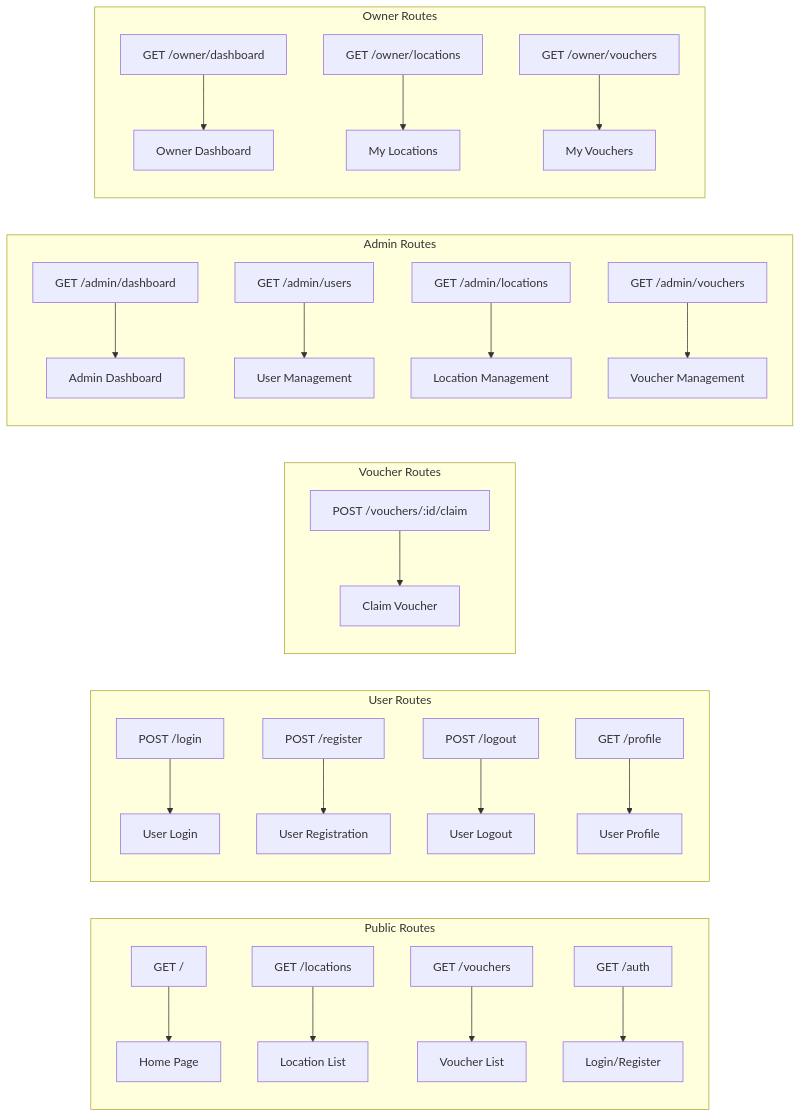
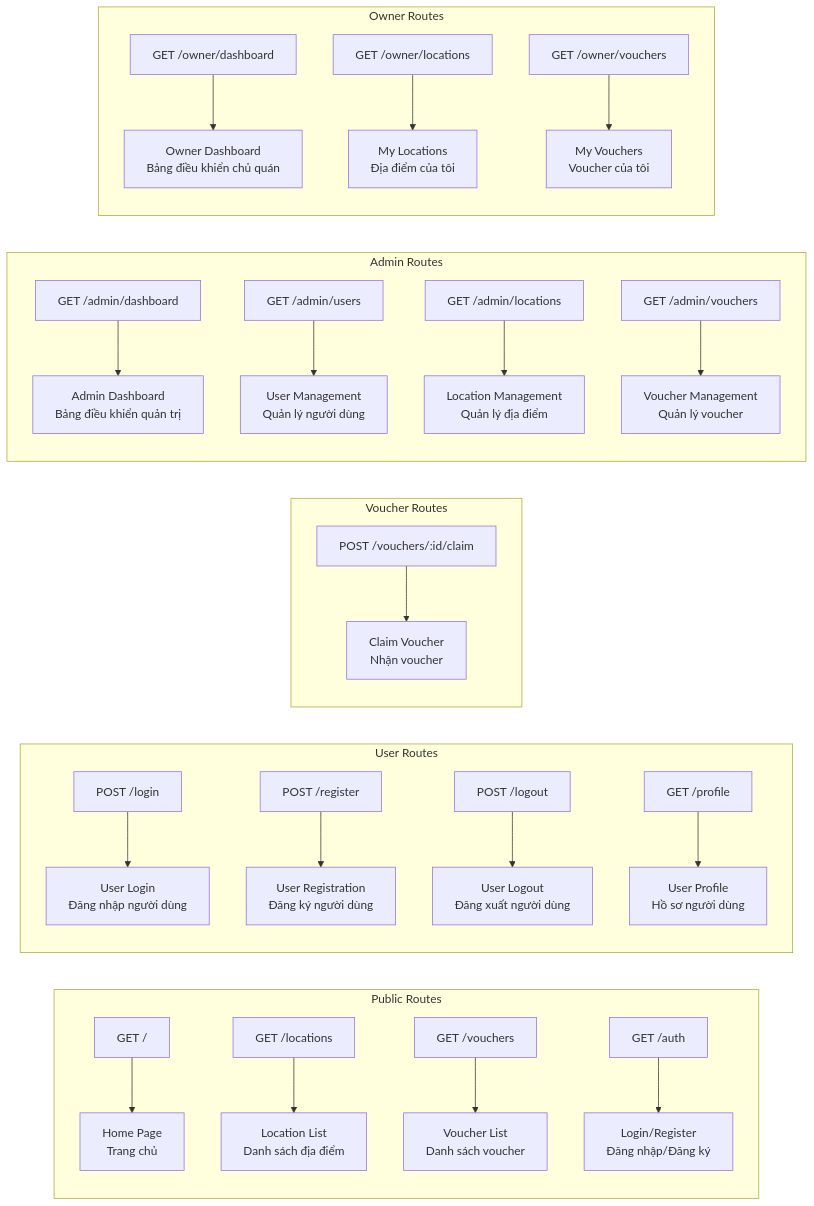
The eighth of 8 diagrams in docs/system-architecture.md (tamnguyen0K/voucher-management-system), drawn with Mermaid before and after one commit. The commit also changed other lines of this file and 1 other file, not shown here.

````diff
--- a/docs/system-architecture.md
+++ b/docs/system-architecture.md
@@ -272,33 +272,33 @@
 ```mermaid
 graph LR
     subgraph "Public Routes"
-        A["GET /"] --> B["Home Page"]
-        C["GET /locations"] --> D["Location List"]
-        E["GET /vouchers"] --> F["Voucher List"]
-        G["GET /auth"] --> H["Login/Register"]
+        A["GET /"] --> B["Home Page<br/>Trang chủ"]
+        C["GET /locations"] --> D["Location List<br/>Danh sách địa điểm"]
+        E["GET /vouchers"] --> F["Voucher List<br/>Danh sách voucher"]
+        G["GET /auth"] --> H["Login/Register<br/>Đăng nhập/Đăng ký"]
     end
     
     subgraph "User Routes"
-        I["POST /login"] --> J["User Login"]
-        K["POST /register"] --> L["User Registration"]
-        M["POST /logout"] --> N["User Logout"]
-        O["GET /profile"] --> P["User Profile"]
+        I["POST /login"] --> J["User Login<br/>Đăng nhập người dùng"]
+        K["POST /register"] --> L["User Registration<br/>Đăng ký người dùng"]
+        M["POST /logout"] --> N["User Logout<br/>Đăng xuất người dùng"]
+        O["GET /profile"] --> P["User Profile<br/>Hồ sơ người dùng"]
     end
     
     subgraph "Voucher Routes"
-        Q["POST /vouchers/:id/claim"] --> R["Claim Voucher"]
+        Q["POST /vouchers/:id/claim"] --> R["Claim Voucher<br/>Nhận voucher"]
     end
     
     subgraph "Admin Routes"
-        S["GET /admin/dashboard"] --> T["Admin Dashboard"]
-        U["GET /admin/users"] --> V["User Management"]
-        W["GET /admin/locations"] --> X["Location Management"]
-        Y["GET /admin/vouchers"] --> Z["Voucher Management"]
+        S["GET /admin/dashboard"] --> T["Admin Dashboard<br/>Bảng điều khiển quản trị"]
+        U["GET /admin/users"] --> V["User Management<br/>Quản lý người dùng"]
+        W["GET /admin/locations"] --> X["Location Management<br/>Quản lý địa điểm"]
+        Y["GET /admin/vouchers"] --> Z["Voucher Management<br/>Quản lý voucher"]
     end
     
     subgraph "Owner Routes"
-        AA["GET /owner/dashboard"] --> BB["Owner Dashboard"]
-        CC["GET /owner/locations"] --> DD["My Locations"]
-        EE["GET /owner/vouchers"] --> FF["My Vouchers"]
+        AA["GET /owner/dashboard"] --> BB["Owner Dashboard<br/>Bảng điều khiển chủ quán"]
+        CC["GET /owner/locations"] --> DD["My Locations<br/>Địa điểm của tôi"]
+        EE["GET /owner/vouchers"] --> FF["My Vouchers<br/>Voucher của tôi"]
     end
 ```
````
